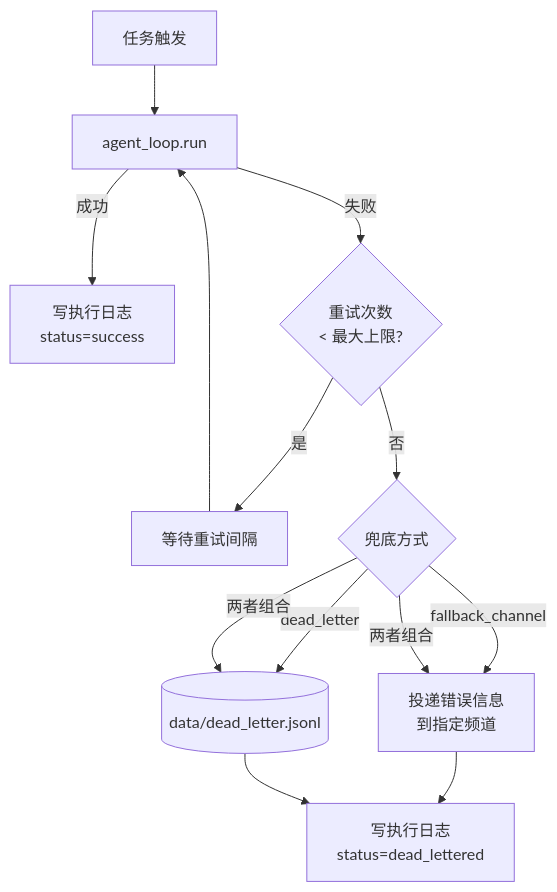
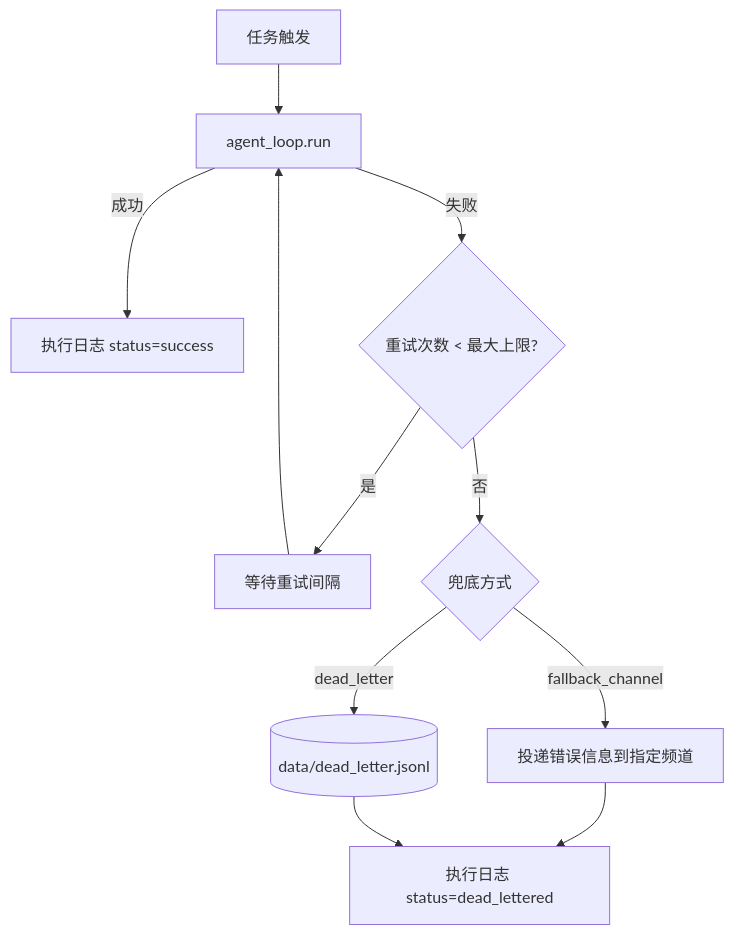
One commit to Summy2104/fleetent changed the third of 3 diagrams in docs/capabilities/scheduling.md. Above: the diagram before and after it, drawn with Mermaid. The commit also changed other lines of this file and 1 other file, not shown here.

Commit message:
docs: fix mermaid syntax errors in architecture diagrams

````diff
--- a/docs/capabilities/scheduling.md
+++ b/docs/capabilities/scheduling.md
@@ -74,16 +74,15 @@
 ```mermaid
 flowchart TD
-    TRIGGER[任务触发] --> EXEC[agent_loop.run]
-    EXEC -->|成功| LOG_OK[写执行日志\nstatus=success]
-    EXEC -->|失败| RETRY{重试次数\n< 最大上限?}
+    TRIGGER[任务触发] --> EXEC["agent_loop.run"]
+    EXEC -->|成功| LOG_OK["执行日志 status=success"]
+    EXEC -->|失败| RETRY{重试次数 < 最大上限?}
 
     RETRY -->|是| WAIT[等待重试间隔] --> EXEC
     RETRY -->|否| DL{兜底方式}
 
-    DL -->|fallback_channel| CH[投递错误信息\n到指定频道]
-    DL -->|dead_letter| DLQ[(data/dead_letter.jsonl)]
-    DL -->|两者组合| CH & DLQ
+    DL -->|fallback_channel| CH["投递错误信息到指定频道"]
+    DL -->|dead_letter| DLQ[("data/dead_letter.jsonl")]
 
-    CH --> LOG_DL[写执行日志\nstatus=dead_lettered]
+    CH --> LOG_DL["执行日志 status=dead_lettered"]
     DLQ --> LOG_DL
 ```
````
